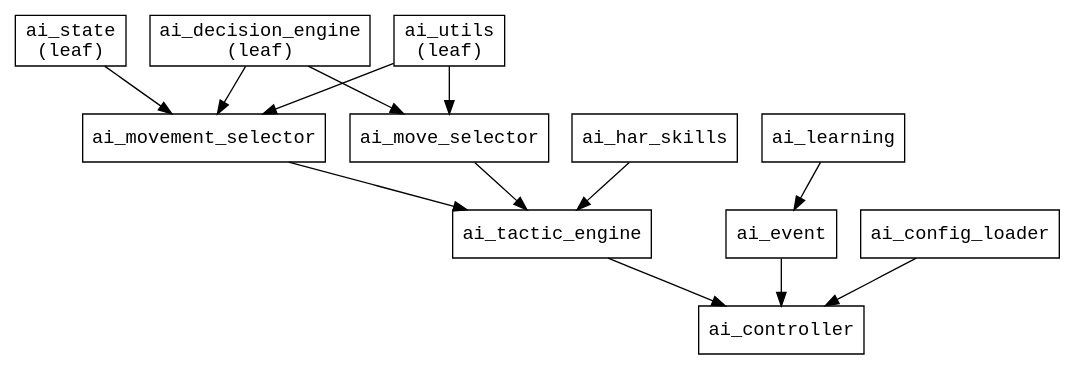
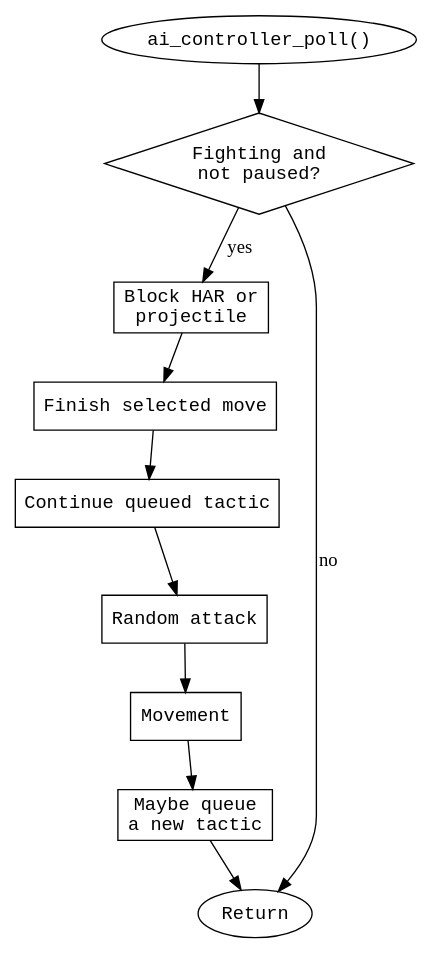
Before and after one commit to snafudev/openomf: the diagram in docs/source/architecture/ai.rst, drawn with Graphviz. The commit also changed other lines of this file and 1 other file, not shown here.

First line of the commit message:
docs: rewrite AI architecture doc and update release summary

```diff
--- a/docs/source/architecture/ai.rst
+++ b/docs/source/architecture/ai.rst
@@ -496,31 +27,21 @@
 .. graphviz::
 
-   digraph module_dependencies {
+   digraph ai_poll {
        rankdir=TB
        node [shape=box, fontname="monospace"]
 
-       decision [label="ai_decision_engine\n(leaf)"]
-       utils [label="ai_utils\n(leaf)"]
-       state [label="ai_state\n(leaf)"]
-       movement [label="ai_movement_selector"]
-       move [label="ai_move_selector"]
-       tactic [label="ai_tactic_engine"]
-       skills [label="ai_har_skills"]
-       learning [label="ai_learning"]
-       event [label="ai_event"]
-       config [label="ai_config_loader"]
-       controller [label="ai_controller"]
+       poll [label="ai_controller_poll()", shape=ellipse]
+       active [label="Fighting and\nnot paused?", shape=diamond]
+       block [label="Block HAR or\nprojectile"]
+       selected [label="Finish selected move"]
+       tactic [label="Continue queued tactic"]
+       attack [label="Random attack"]
+       movement [label="Movement"]
+       queue [label="Maybe queue\na new tactic"]
+       done [label="Return", shape=ellipse]
 
-       decision -> movement
-       decision -> move
-       utils -> movement
-       utils -> move
-       state -> movement
-       movement -> tactic
-       move -> tactic
-       skills -> tactic
-       learning -> event
-       config -> controller
-       tactic -> controller
-       event -> controller
+       poll -> active
+       active -> done [label="no"]
+       active -> block [label="yes"]
+       block -> selected -> tactic -> attack -> movement -> queue -> done
    }
```
